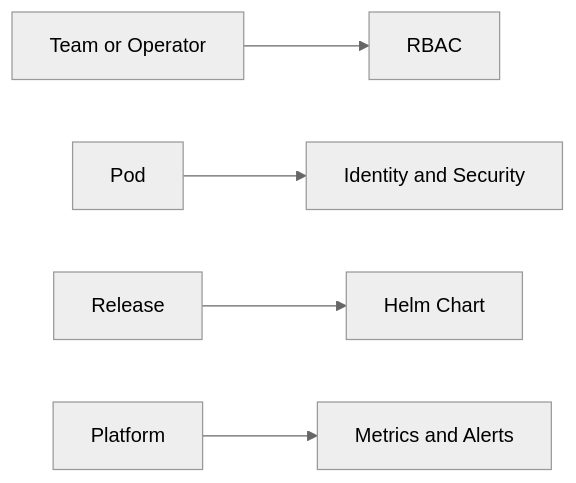
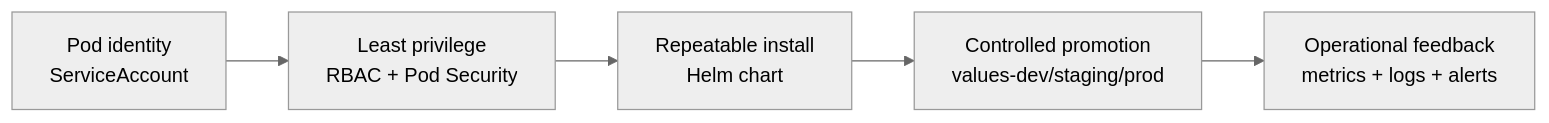
The diagram in days/day5/README.md (kumbulanit/kubernetescompr), drawn with Mermaid (neutral theme) before and after one commit. The commit also changed other lines of this file and 26 other files, not shown here.

````diff
--- a/days/day5/README.md
+++ b/days/day5/README.md
@@ -18,7 +25,7 @@
 ```mermaid
 flowchart LR
-  Team[Team or Operator] --> RBAC[RBAC]
-  Pod[Pod] --> Identity[Identity and Security]
-  Release[Release] --> Helm[Helm Chart]
-  Platform[Platform] --> Metrics[Metrics and Alerts]
+  A[Pod identity<br/>ServiceAccount] --> B[Least privilege<br/>RBAC + Pod Security]
+  B --> C[Repeatable install<br/>Helm chart]
+  C --> D[Controlled promotion<br/>values-dev/staging/prod]
+  D --> E[Operational feedback<br/>metrics + logs + alerts]
 ```
````
